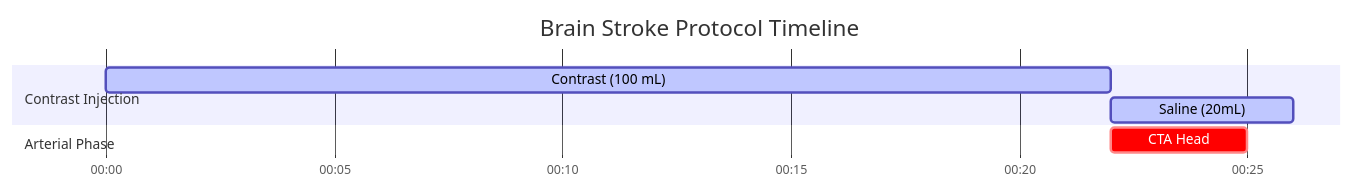
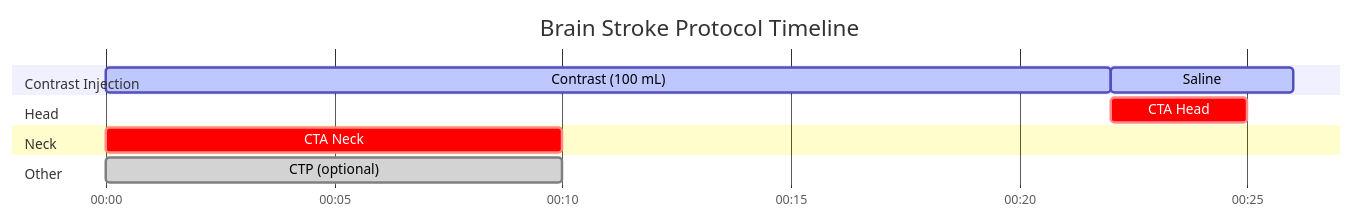
One commit to dfergs93/radiology-protocols changed the diagram in docs/ct/neuro/brain-stroke-protocol.md. Above: the diagram before and after it, drawn with Mermaid. The commit also changed other lines of this file and 101 other files, not shown here.

````diff
--- a/docs/ct/neuro/brain-stroke-protocol.md
+++ b/docs/ct/neuro/brain-stroke-protocol.md
@@ -87,16 +88,22 @@
   ```mermaid
   ---
+  displayMode: compact
   config:
     theme: default
+    themeCSS: " #Saline{ fill: #4ed5ff; stroke: #2094f3; } "
   ---
     gantt
       title Brain Stroke Protocol Timeline
       dateFormat mm:ss
       axisFormat %M:%S 
       
       section Contrast Injection
       Contrast (100 mL)    :active, contrast, 00:00, 22s
-      Saline (20mL)          :active, saline, after contrast, 4s
-      section Arterial Phase
+      Saline          :active, saline, after contrast, 4s
+      section Head
       CTA Head    :crit, scan1, after contrast, 3s
+      section Neck
+      CTA Neck    :crit, scan2, 00:00, 10s
+      section Other
+      CTP (optional)    :done, scan3, 00:00, 10s
   ```
````
